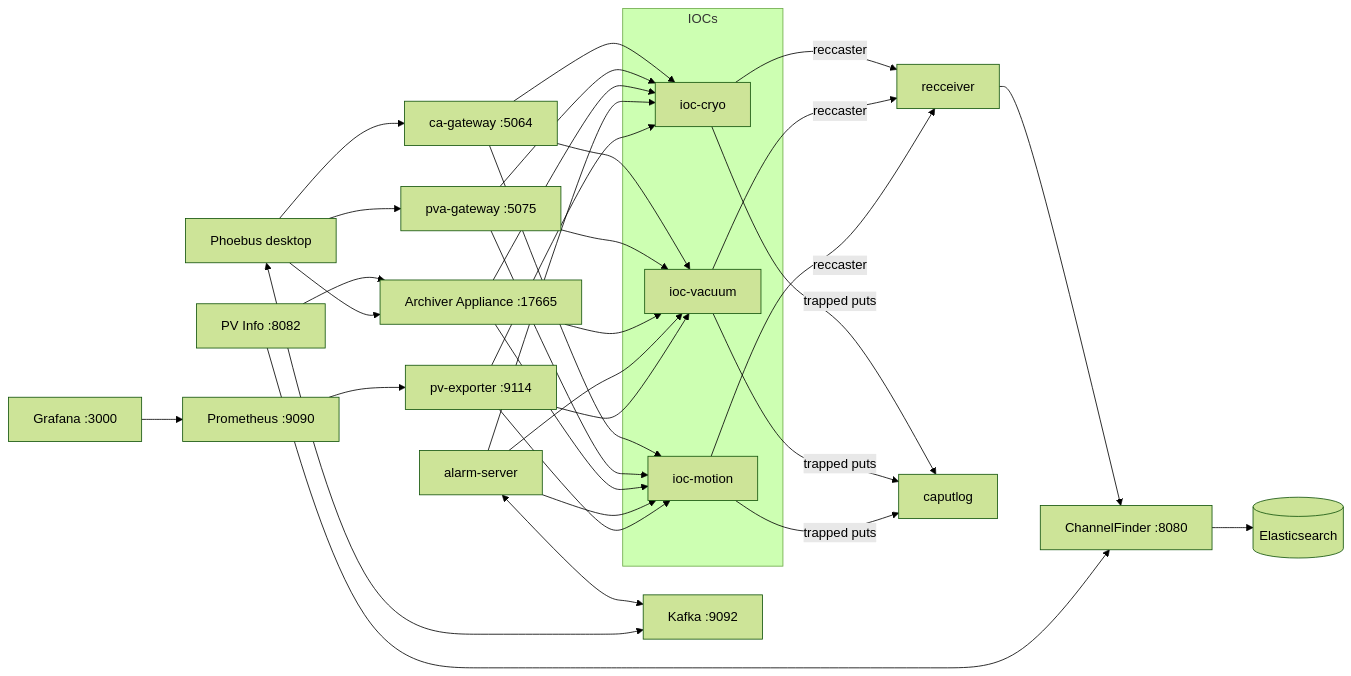
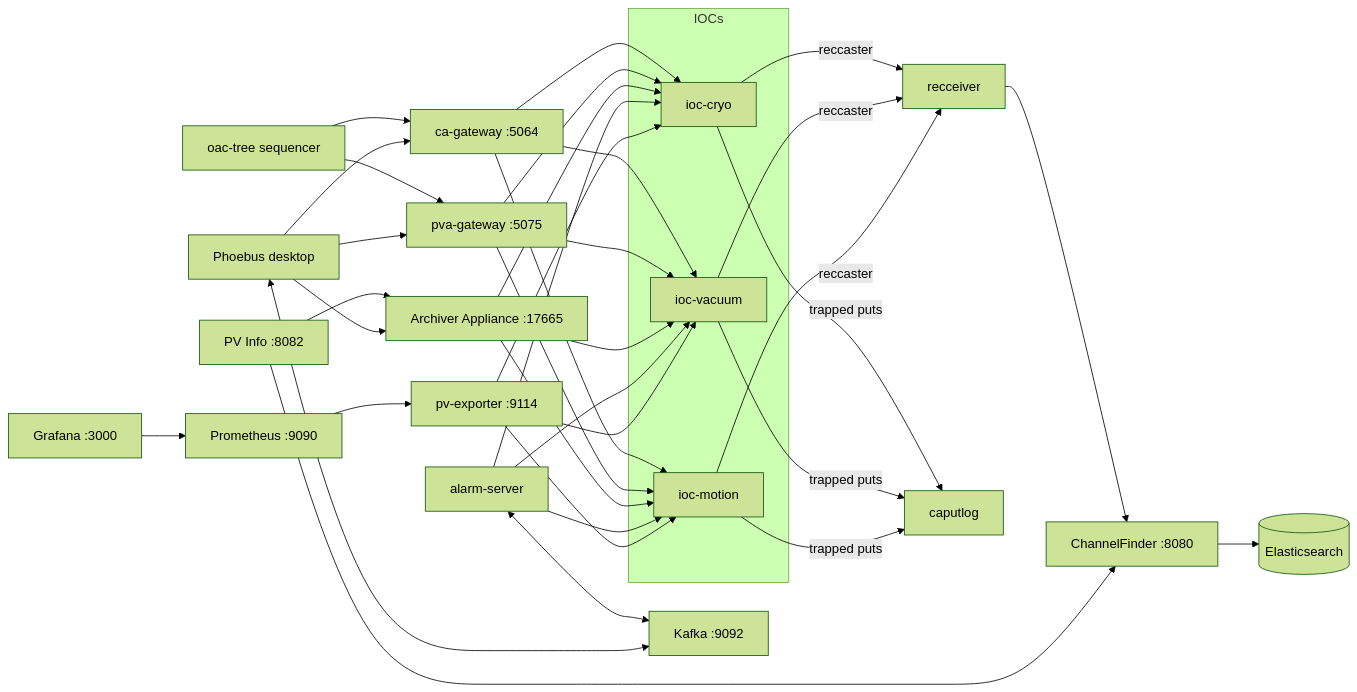
The diagram in README.md (nusaqib/epics-lab), drawn with Mermaid (forest theme) before and after one commit. The commit also changed other lines of this file and 9 other files, not shown here.

First line of the commit message:
Add oac-tree operational automation with example procedure

````diff
--- a/README.md
+++ b/README.md
@@ -23,22 +24,23 @@
 ```mermaid
 graph LR
     subgraph IOCs
         C[ioc-cryo] ; V[ioc-vacuum] ; M[ioc-motion]
     end
     GW1[ca-gateway :5064] --> C & V & M
     GW2[pva-gateway :5075] --> C & V & M
     AA[Archiver Appliance :17665] --> C & V & M
     AS[alarm-server] --> C & V & M
     AS <--> K[Kafka :9092]
     C & V & M -->|reccaster| RS[recceiver]
     RS --> CF[ChannelFinder :8080]
     CF --> ES[(Elasticsearch)]
     PVI[PV Info :8082] --> CF & AA
     C & V & M -->|trapped puts| CPL[caputlog]
+    OAC[oac-tree sequencer] --> GW1 & GW2
     PE[pv-exporter :9114] --> C & V & M
     P[Prometheus :9090] --> PE
     G[Grafana :3000] --> P
     UI[Phoebus desktop] --> GW1 & GW2
     UI <--> K
     UI --> AA
 ```
````
